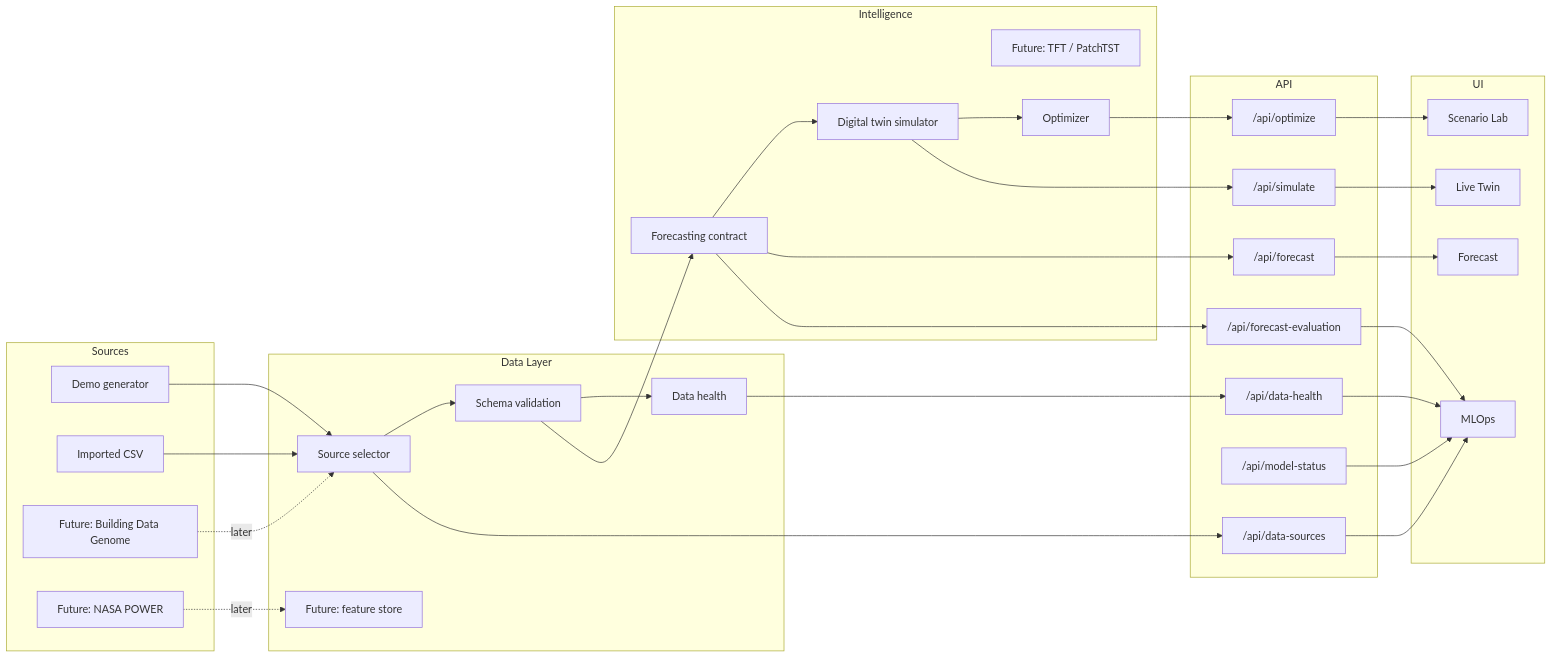
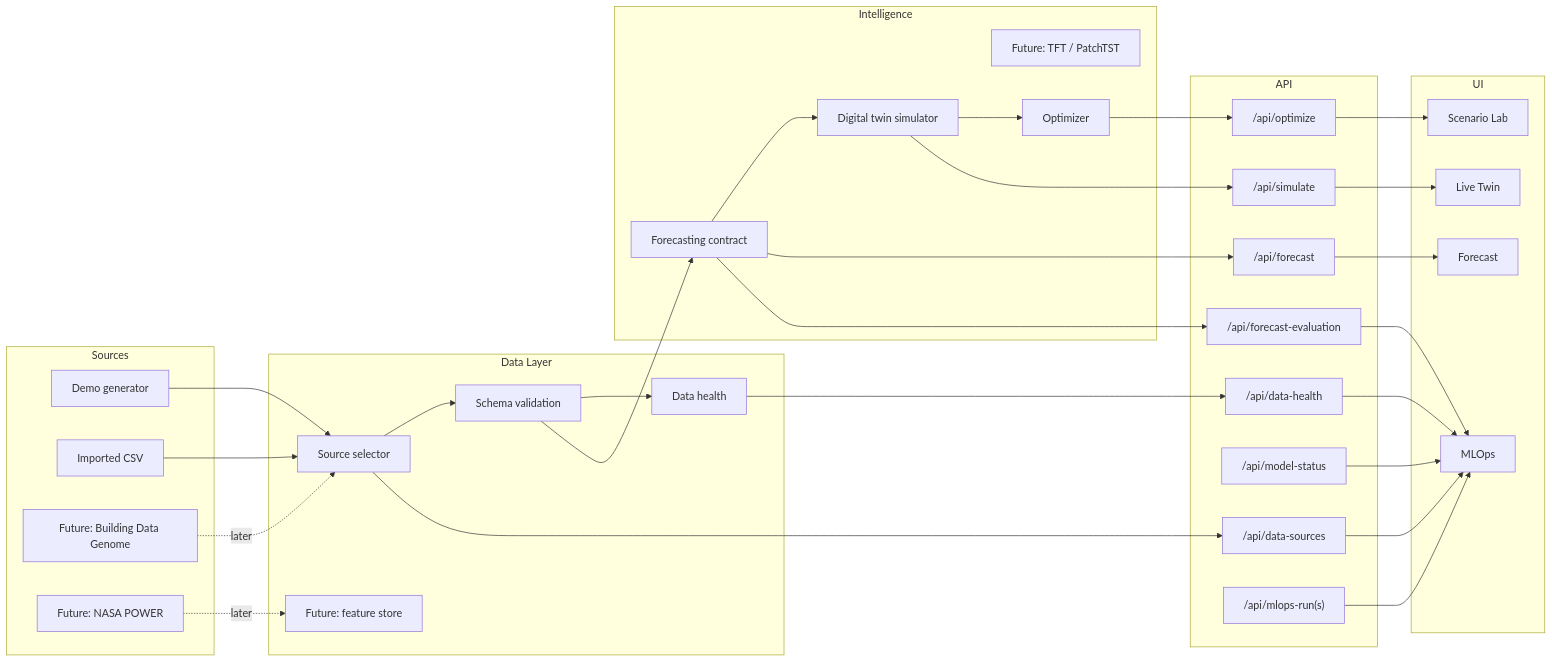
One commit to 4rajravi/EnergyTwin changed the first of 5 diagrams in docs/system-design.md. Above: the diagram before and after it, drawn with Mermaid. The commit also changed other lines of this file and 15 other files, not shown here.

````diff
--- a/docs/system-design.md
+++ b/docs/system-design.md
@@ -21,63 +21,65 @@
 ```mermaid
 flowchart LR
     subgraph Sources
         A1[Demo generator]
         A2[Imported CSV]
         A3[Future: Building Data Genome]
         A4[Future: NASA POWER]
     end
 
     subgraph Data Layer
         B1[Source selector]
         B2[Schema validation]
         B3[Data health]
         B4[Future: feature store]
     end
 
     subgraph Intelligence
         C1[Forecasting contract]
         C2[Future: TFT / PatchTST]
         C3[Digital twin simulator]
         C4[Optimizer]
     end
 
     subgraph API
         D1["/api/data-sources"]
         D2["/api/data-health"]
         D3["/api/forecast"]
         D4["/api/simulate"]
         D5["/api/optimize"]
         D6["/api/model-status"]
         D7["/api/forecast-evaluation"]
+        D8["/api/mlops-run(s)"]
     end
 
     subgraph UI
         E1[Live Twin]
         E2[Forecast]
         E3[Scenario Lab]
         E4[MLOps]
     end
 
     A1 --> B1
     A2 --> B1
     A3 -. "later" .-> B1
     A4 -. "later" .-> B4
     B1 --> B2
     B2 --> B3
     B2 --> C1
     C1 --> C3
     C3 --> C4
     C1 --> D3
     C1 --> D7
     C3 --> D4
     C4 --> D5
     B1 --> D1
     B3 --> D2
     D1 --> E4
     D2 --> E4
     D3 --> E2
     D4 --> E1
     D5 --> E3
     D6 --> E4
     D7 --> E4
+    D8 --> E4
 ```
````
